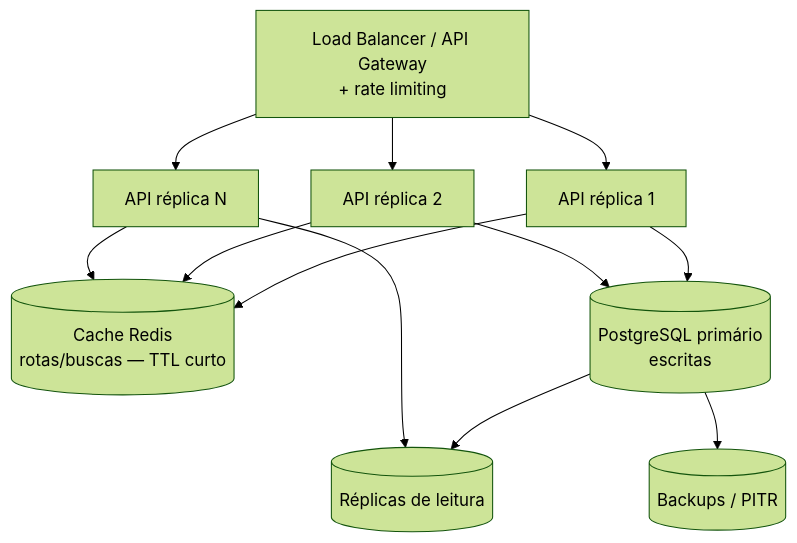
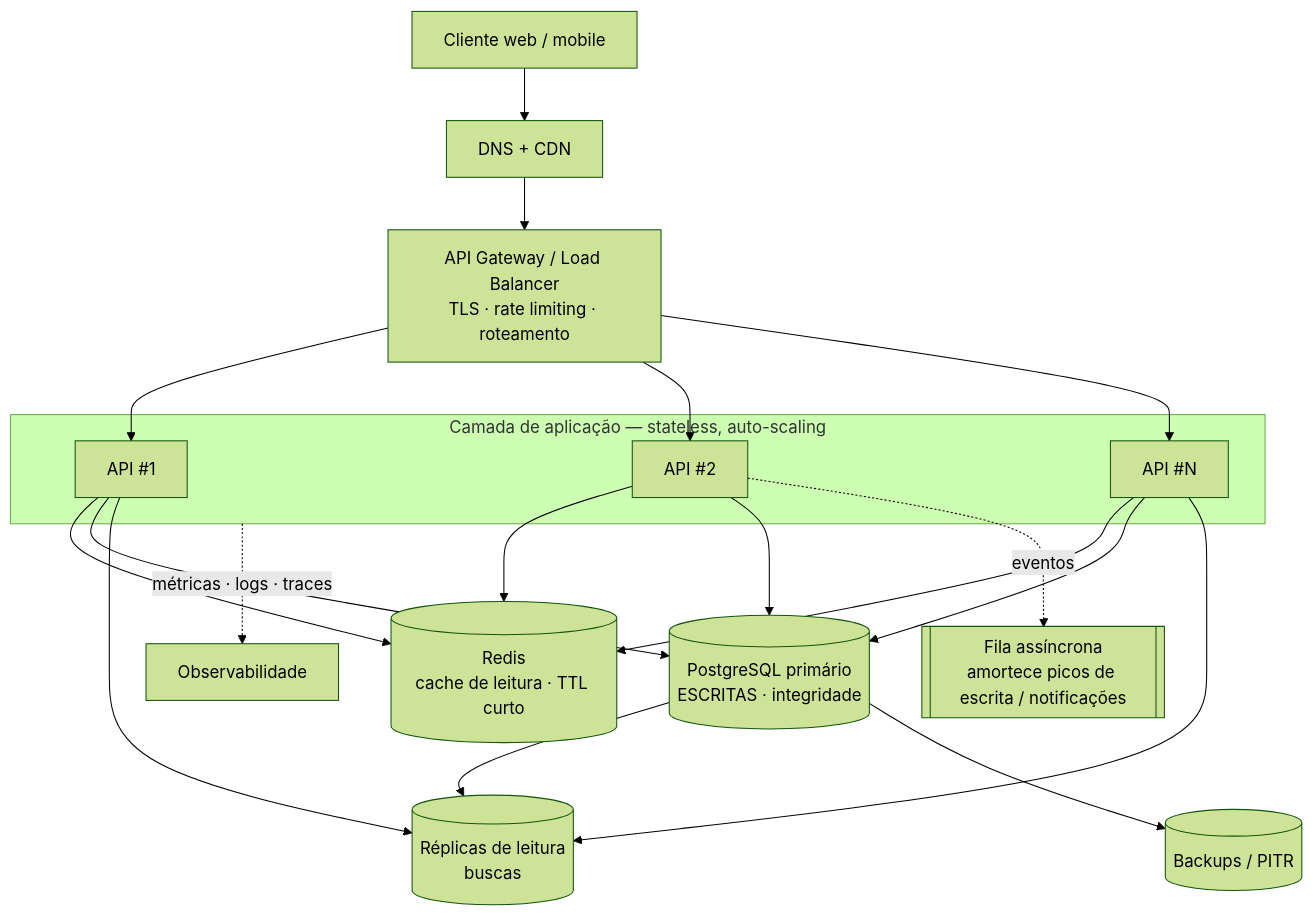
The third of 3 diagrams in docs/plan.md (medinasp/OniBus-Express), drawn with Mermaid (forest theme) before and after one commit. The commit also changed other lines of this file, not shown here.

Commit message:
docs: expande o system design de produção para a visão clássica em fluxo

````diff
--- a/docs/plan.md
+++ b/docs/plan.md
@@ -221,14 +221,30 @@
 ```mermaid
 flowchart TB
-    LB[Load Balancer / API Gateway<br/>+ rate limiting] --> R1[API réplica 1]
-    LB --> R2[API réplica 2]
-    LB --> R3[API réplica N]
-    R1 --> Cache[(Cache Redis<br/>rotas/buscas — TTL curto)]
-    R2 --> Cache
-    R3 --> Cache
-    R1 --> PG[(PostgreSQL primário<br/>escritas)]
-    R2 --> PG
-    PG --> RR[(Réplicas de leitura)]
-    R3 --> RR
-    PG --> Backup[(Backups / PITR)]
+    User[Cliente web / mobile] --> CDN[DNS + CDN]
+    CDN --> GW[API Gateway / Load Balancer<br/>TLS · rate limiting · roteamento]
+
+    subgraph AS [Camada de aplicação — stateless, auto-scaling]
+        API1[API #1]
+        API2[API #2]
+        APIN[API #N]
+    end
+    GW --> API1
+    GW --> API2
+    GW --> APIN
+
+    API1 --> Cache[(Redis<br/>cache de leitura · TTL curto)]
+    API2 --> Cache
+    APIN --> Cache
+
+    API1 --> PG[(PostgreSQL primário<br/>ESCRITAS · integridade)]
+    API2 --> PG
+    APIN --> PG
+
+    API1 --> RR[(Réplicas de leitura<br/>buscas)]
+    APIN --> RR
+    PG --> RR
+    PG --> Bak[(Backups / PITR)]
+
+    API2 -. eventos .-> Q[[Fila assíncrona<br/>amortece picos de escrita / notificações]]
+    AS -. métricas · logs · traces .-> Obs[Observabilidade]
 ```
````
